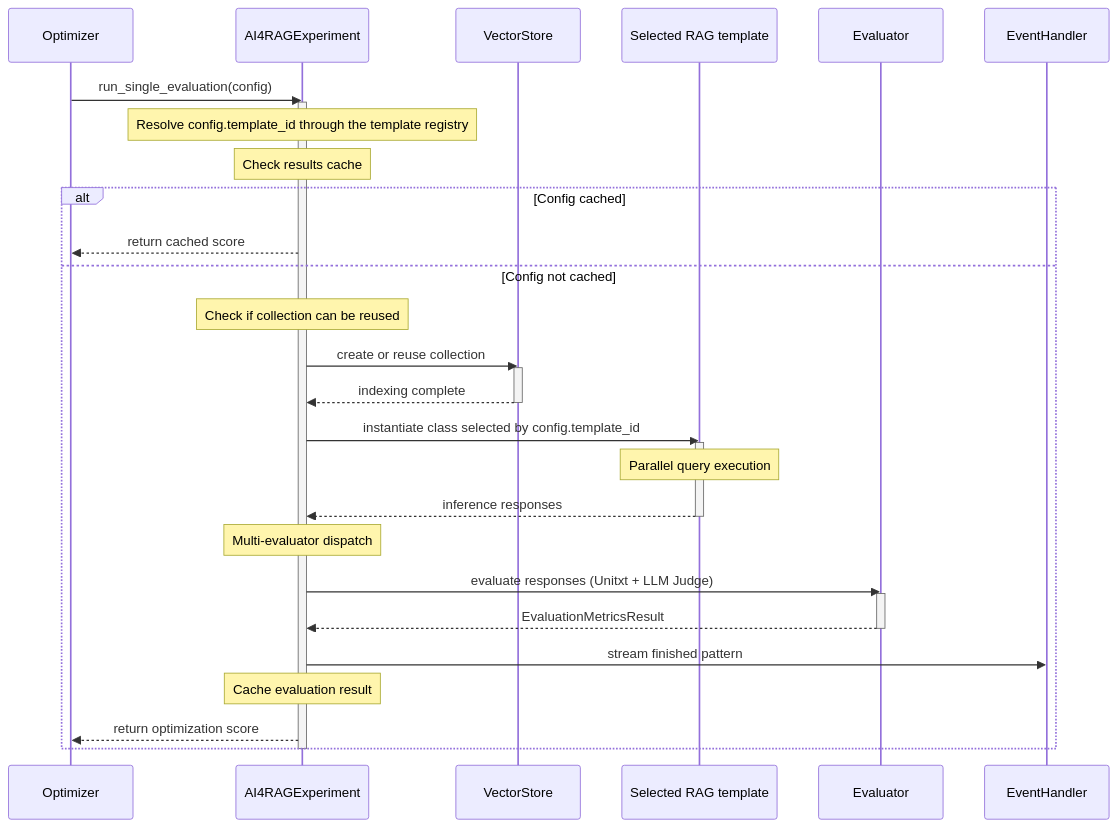
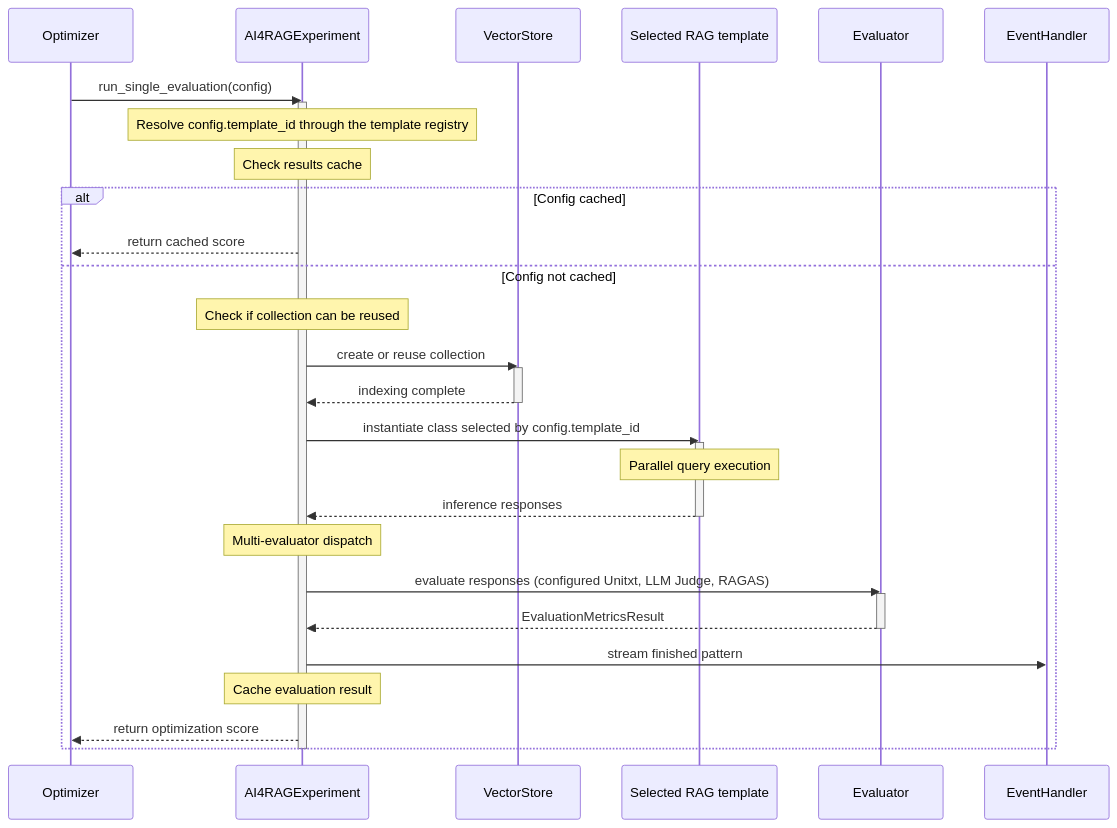
The second of 3 diagrams in docs/architecture/core-components.md (IBM/ai4rag), drawn with Mermaid before and after one commit. The commit also changed other lines of this file and 8 other files, not shown here.

````diff
--- a/docs/architecture/core-components.md
+++ b/docs/architecture/core-components.md
@@ -120,41 +125,41 @@
 ```mermaid
 sequenceDiagram
     participant Optimizer
     participant Exp as AI4RAGExperiment
     participant VS as VectorStore
     participant RAG as Selected RAG template
     participant Eval as Evaluator
     participant EH as EventHandler
 
     Optimizer->>Exp: run_single_evaluation(config)
     activate Exp
     Note over Exp: Resolve config.template_id through the template registry
     Note over Exp: Check results cache
 
     alt Config cached
         Exp-->>Optimizer: return cached score
     else Config not cached
         Note over Exp: Check if collection can be reused
         Exp->>VS: create or reuse collection
         activate VS
         VS-->>Exp: indexing complete
         deactivate VS
 
         Exp->>RAG: instantiate class selected by config.template_id
         activate RAG
         Note over RAG: Parallel query execution
         RAG-->>Exp: inference responses
         deactivate RAG
 
         Note over Exp: Multi-evaluator dispatch
-        Exp->>Eval: evaluate responses (Unitxt + LLM Judge)
+        Exp->>Eval: evaluate responses (configured Unitxt, LLM Judge, RAGAS)
         activate Eval
         Eval-->>Exp: EvaluationMetricsResult
         deactivate Eval
 
         Exp->>EH: stream finished pattern
         Note over Exp: Cache evaluation result
         Exp-->>Optimizer: return optimization score
     end
     deactivate Exp
 ```
````
